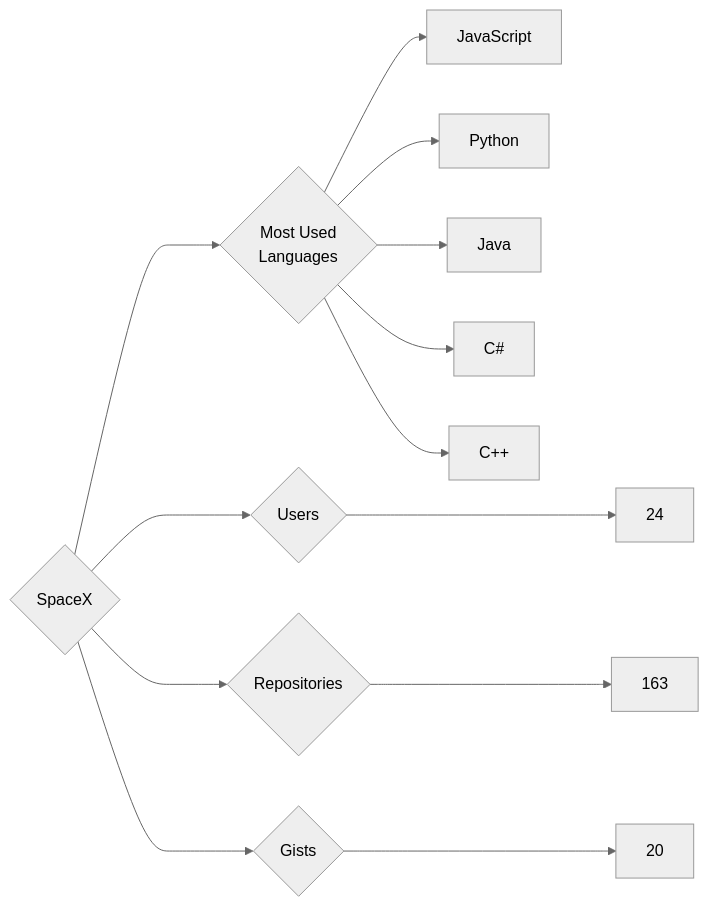
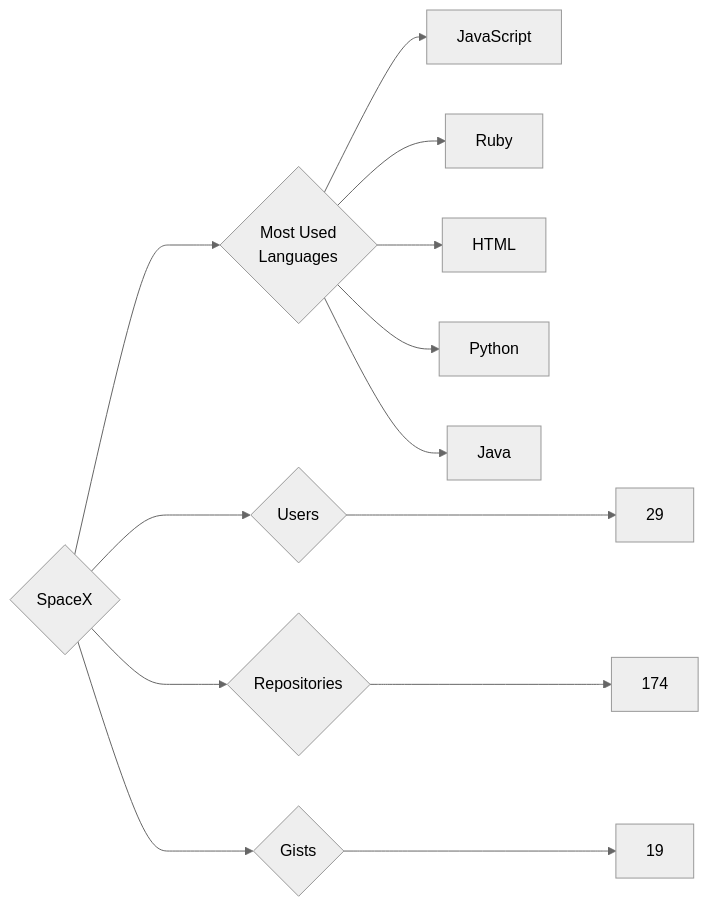
One commit to trickest/insiders changed the diagram in targets/SpaceX/README.md. Above: the diagram before and after it, drawn with Mermaid (neutral theme). The commit also changed 940 other files, not shown here.

````diff
--- a/targets/SpaceX/README.md
+++ b/targets/SpaceX/README.md
@@ -3,13 +3,13 @@
 ```mermaid
 graph LR
 COMPANY_NAME{SpaceX}
-COMPANY_NAME ---> U{Users} ---> UN[24]
-COMPANY_NAME ---> R{Repositories} ---> RN[163]
-COMPANY_NAME ---> G{Gists} ---> GN[20]
+COMPANY_NAME ---> U{Users} ---> UN[29]
+COMPANY_NAME ---> R{Repositories} ---> RN[174]
+COMPANY_NAME ---> G{Gists} ---> GN[19]
 COMPANY_NAME ---> ML{Most Used<br>Languages}
 ML --> JavaScript[JavaScript]
+ML --> Ruby[Ruby]
+ML --> HTML[HTML]
 ML --> Python[Python]
 ML --> Java[Java]
-ML --> C#[C#]
-ML --> C++[C++]
 ```
````
